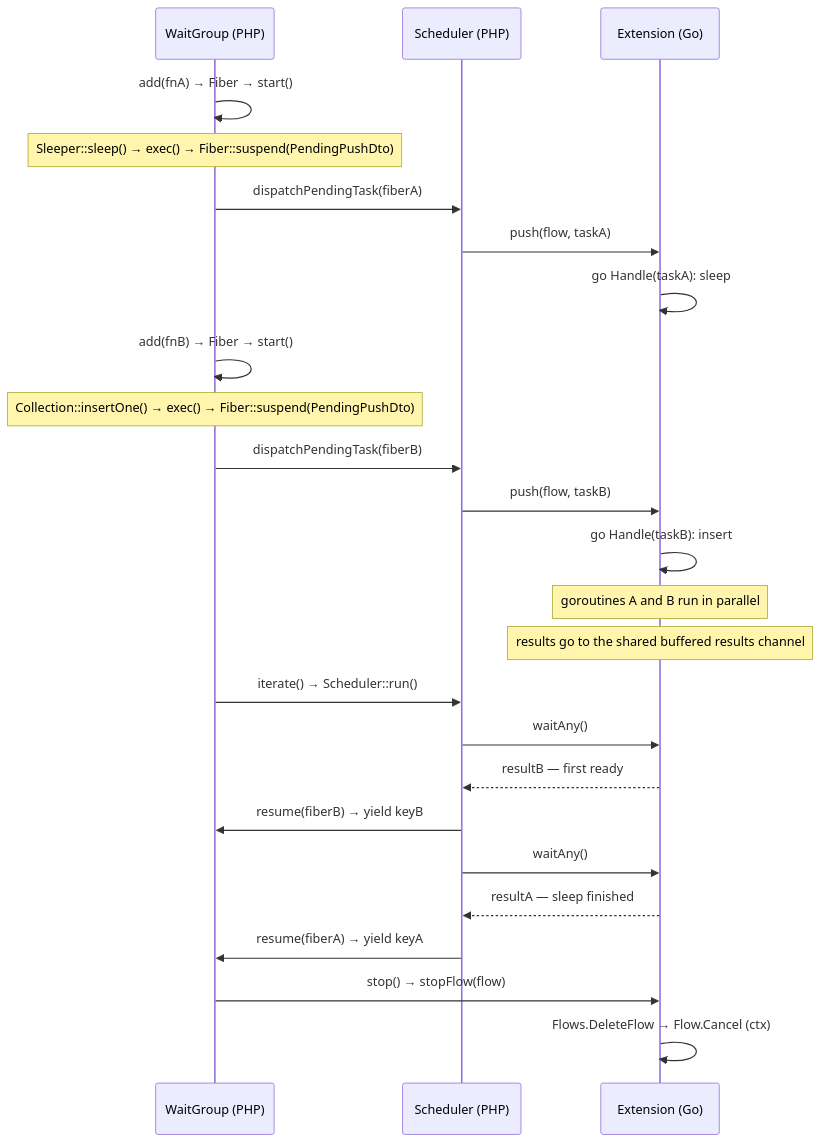
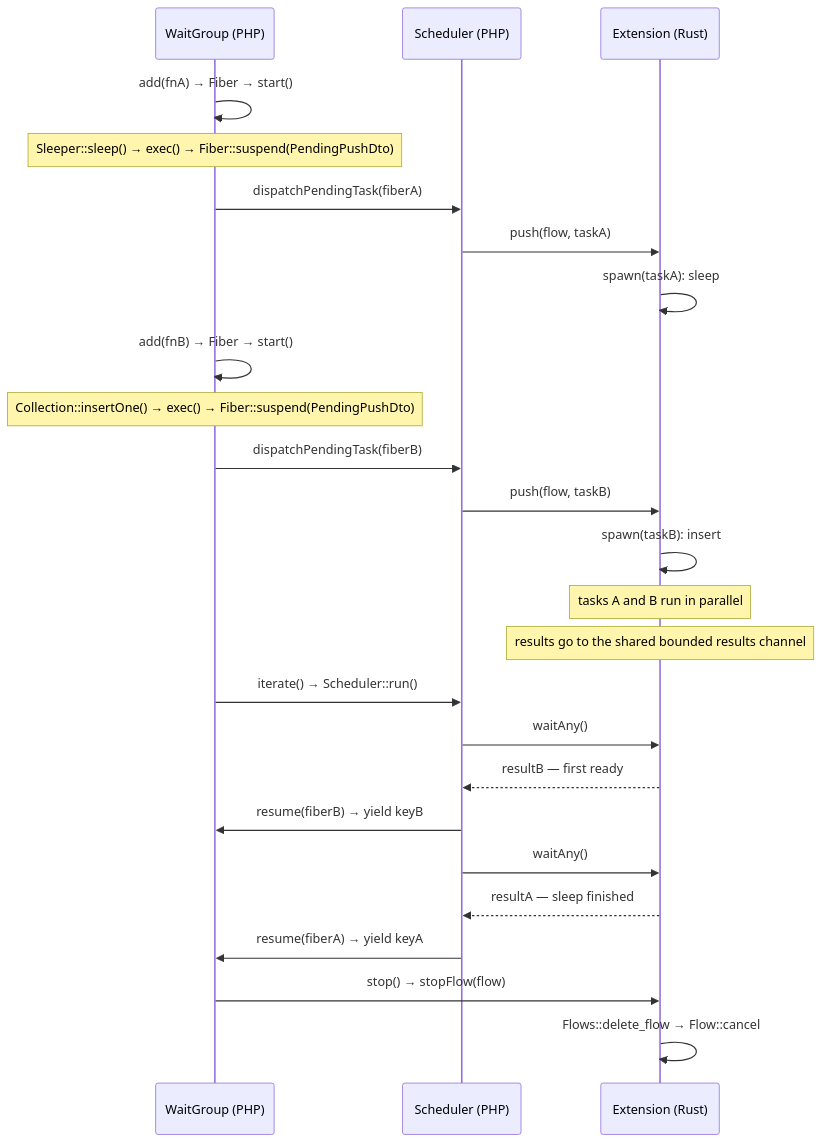
Before and after one commit to sprust/sconcur: the first of 2 diagrams in docs/architecture.md, drawn with Mermaid. The commit also changed other lines of this file and 46 other files, not shown here.

````diff
--- a/docs/architecture.md
+++ b/docs/architecture.md
@@ -47,31 +47,31 @@
 ```mermaid
 sequenceDiagram
     participant WG as WaitGroup (PHP)
     participant S as Scheduler (PHP)
-    participant Go as Extension (Go)
+    participant EXT as Extension (Rust)
 
     WG->>WG: add(fnA) → Fiber → start()
     Note over WG: Sleeper::sleep() → exec() → Fiber::suspend(PendingPushDto)
     WG->>S: dispatchPendingTask(fiberA)
-    S->>Go: push(flow, taskA)
-    Go->>Go: go Handle(taskA): sleep
+    S->>EXT: push(flow, taskA)
+    EXT->>EXT: spawn(taskA): sleep
 
     WG->>WG: add(fnB) → Fiber → start()
     Note over WG: Collection::insertOne() → exec() → Fiber::suspend(PendingPushDto)
     WG->>S: dispatchPendingTask(fiberB)
-    S->>Go: push(flow, taskB)
-    Go->>Go: go Handle(taskB): insert
-    Note over Go: goroutines A and B run in parallel
-    Note over Go: results go to the shared buffered results channel
+    S->>EXT: push(flow, taskB)
+    EXT->>EXT: spawn(taskB): insert
+    Note over EXT: tasks A and B run in parallel
+    Note over EXT: results go to the shared bounded results channel
 
     WG->>S: iterate() → Scheduler::run()
-    S->>Go: waitAny()
-    Go-->>S: resultB — first ready
+    S->>EXT: waitAny()
+    EXT-->>S: resultB — first ready
     S->>WG: resume(fiberB) → yield keyB
-    S->>Go: waitAny()
-    Go-->>S: resultA — sleep finished
+    S->>EXT: waitAny()
+    EXT-->>S: resultA — sleep finished
     S->>WG: resume(fiberA) → yield keyA
 
-    WG->>Go: stop() → stopFlow(flow)
-    Go->>Go: Flows.DeleteFlow → Flow.Cancel (ctx)
+    WG->>EXT: stop() → stopFlow(flow)
+    EXT->>EXT: Flows::delete_flow → Flow::cancel
 ```
````
